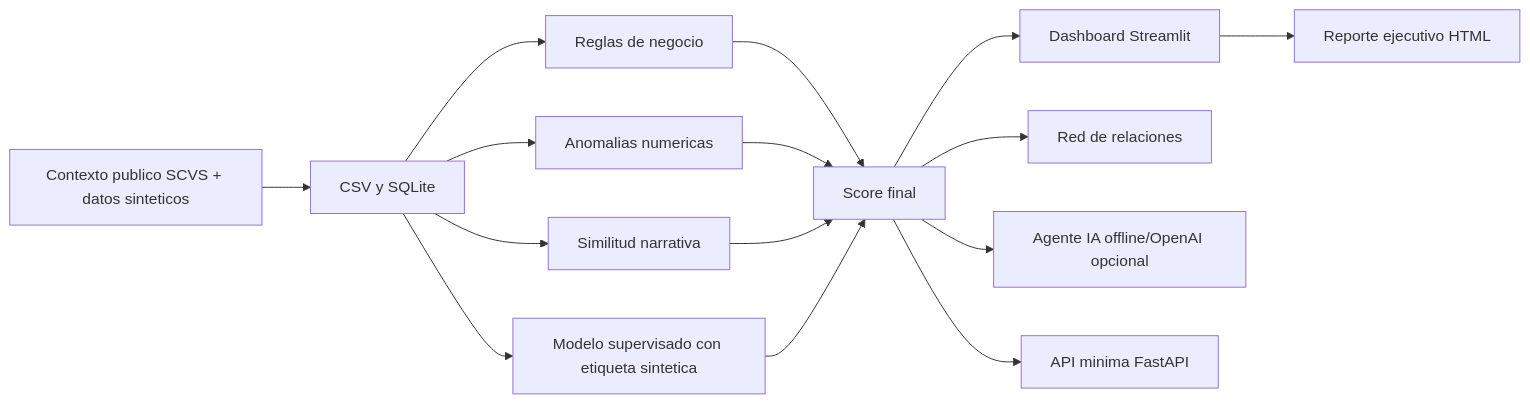
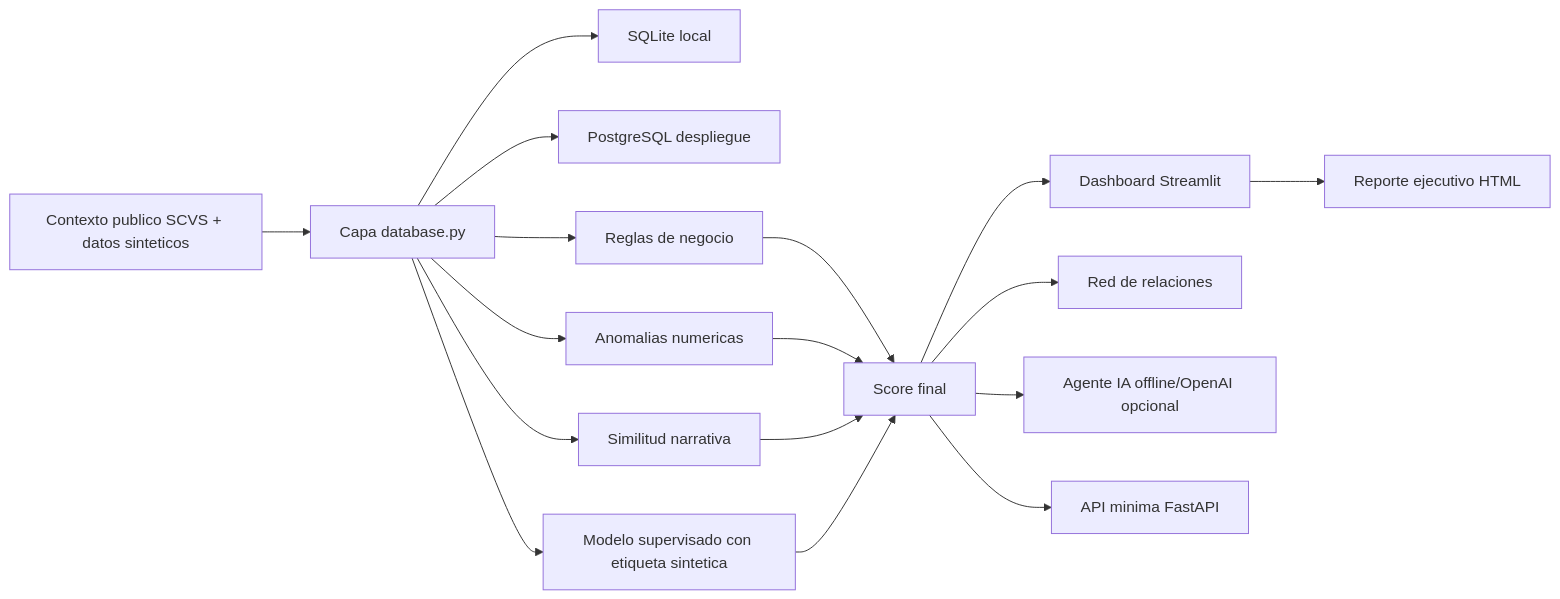
The diagram in docs/arquitectura.md (Erickelrojo-22/HackIAthon-MantaBytes-RetoAseguradora), drawn with Mermaid before and after one commit. The commit also changed other lines of this file and 2 other files, not shown here.

Commit message:
Document PostgreSQL deployment path

````diff
--- a/docs/arquitectura.md
+++ b/docs/arquitectura.md
@@ -5,17 +5,19 @@
 ```mermaid
 flowchart LR
-    A["Contexto publico SCVS + datos sinteticos"] --> B["CSV y SQLite"]
+    A["Contexto publico SCVS + datos sinteticos"] --> B["Capa database.py"]
+    B --> DB1["SQLite local"]
+    B --> DB2["PostgreSQL despliegue"]
     B --> C["Reglas de negocio"]
     B --> D["Anomalias numericas"]
     B --> E["Similitud narrativa"]
     C --> F["Score final"]
     D --> F
     E --> F
     B --> J["Modelo supervisado con etiqueta sintetica"]
     J --> F
     F --> G["Dashboard Streamlit"]
     F --> H["Red de relaciones"]
     F --> I["Agente IA offline/OpenAI opcional"]
-    F --> K["API minima FastAPI"]
-    G --> L["Reporte ejecutivo HTML"]
+    F --> API["API minima FastAPI"]
+    G --> REP["Reporte ejecutivo HTML"]
 ```
````
